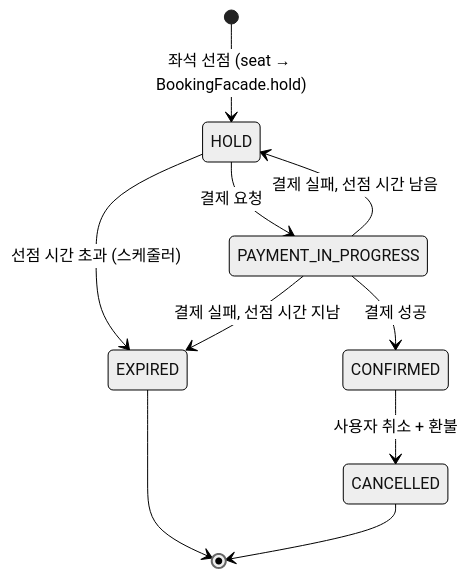
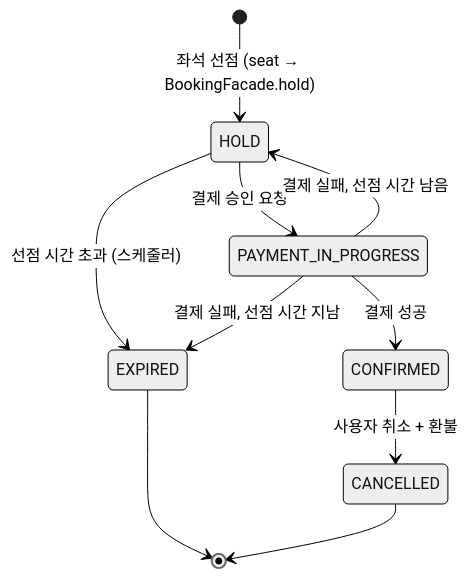
Before and after one commit to Good-Ticket-Service/ticket: the diagram in docs/reservation/orchestration.md, drawn with Mermaid (neutral theme). The commit also changed other lines of this file, not shown here.

First line of the commit message:
docs(reservation): payment 리뷰 반영해 결제를 준비·승인으로 나눔

````diff
--- a/docs/reservation/orchestration.md
+++ b/docs/reservation/orchestration.md
@@ -92,12 +93,12 @@
 ```mermaid
 stateDiagram-v2
     [*] --> HOLD: 좌석 선점 (seat → BookingFacade.hold)
-    HOLD --> PAYMENT_IN_PROGRESS: 결제 요청
+    HOLD --> PAYMENT_IN_PROGRESS: 결제 승인 요청
     HOLD --> EXPIRED: 선점 시간 초과 (스케줄러)
     PAYMENT_IN_PROGRESS --> CONFIRMED: 결제 성공
     PAYMENT_IN_PROGRESS --> HOLD: 결제 실패, 선점 시간 남음
     PAYMENT_IN_PROGRESS --> EXPIRED: 결제 실패, 선점 시간 지남
     CONFIRMED --> CANCELLED: 사용자 취소 + 환불
     EXPIRED --> [*]
     CANCELLED --> [*]
 ```
````
